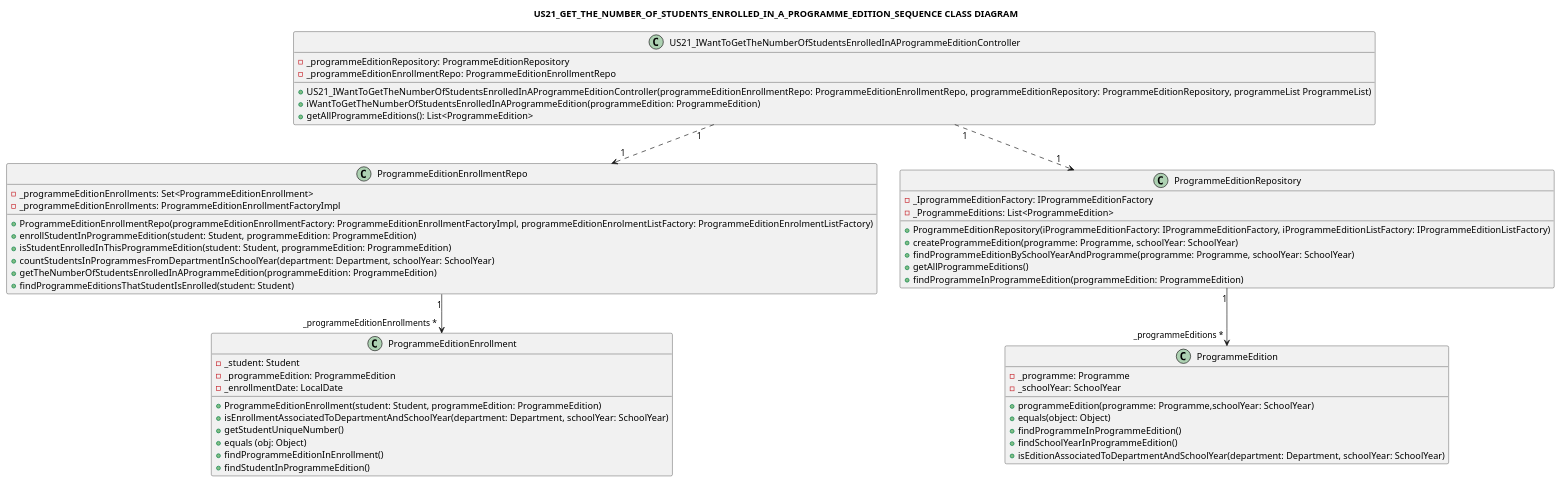
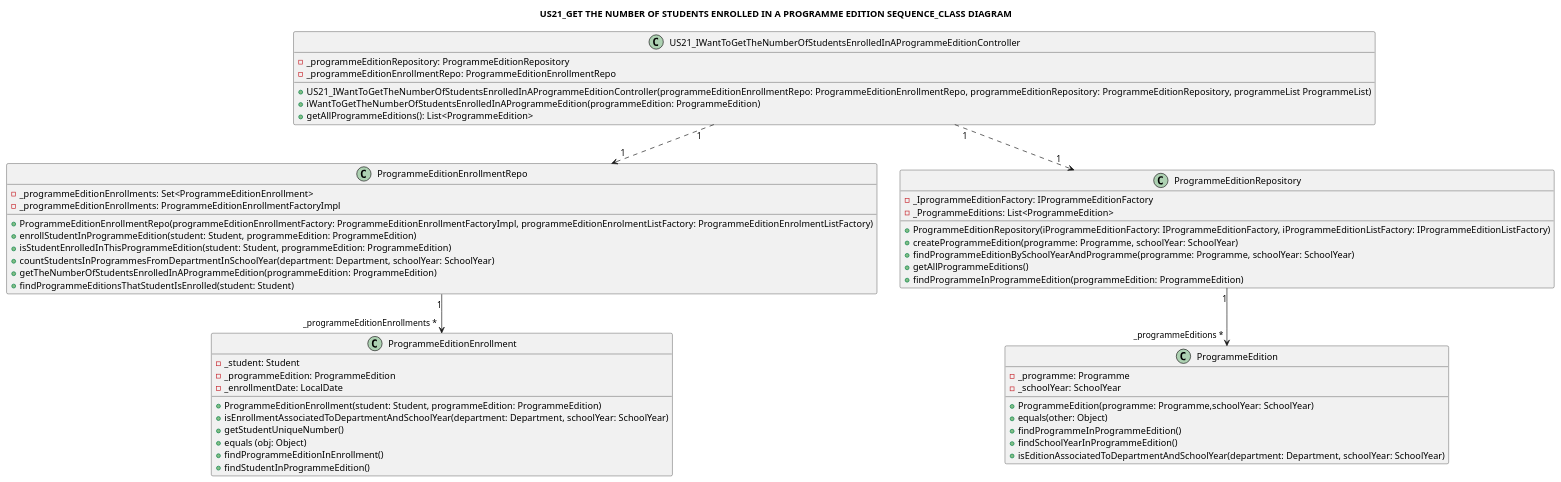
The diagram in docs/US21/US21_IWantToGetTheNumberOfStudentsEnrolledInAProgrammeEdition_ClassDiagram.puml (GasparISEP/DevOps-PAI), drawn with PlantUML before and after one commit.

Commit message:
US21_ClassDiagram: Update Class methods

```diff
--- a/docs/US21/US21_IWantToGetTheNumberOfStudentsEnrolledInAProgrammeEdition_ClassDiagram.puml
+++ b/docs/US21/US21_IWantToGetTheNumberOfStudentsEnrolledInAProgrammeEdition_ClassDiagram.puml
@@ -1,62 +1,62 @@
 @startuml
 
-title: US21_GET_THE_NUMBER_OF_STUDENTS_ENROLLED_IN_A_PROGRAMME_EDITION_SEQUENCE CLASS DIAGRAM
+title: US21_GET THE NUMBER OF STUDENTS ENROLLED IN A PROGRAMME EDITION SEQUENCE_CLASS DIAGRAM
 
 class US21_IWantToGetTheNumberOfStudentsEnrolledInAProgrammeEditionController {
     -_programmeEditionRepository: ProgrammeEditionRepository
     -_programmeEditionEnrollmentRepo: ProgrammeEditionEnrollmentRepo
     +US21_IWantToGetTheNumberOfStudentsEnrolledInAProgrammeEditionController(programmeEditionEnrollmentRepo: ProgrammeEditionEnrollmentRepo, programmeEditionRepository: ProgrammeEditionRepository, programmeList ProgrammeList)
     +iWantToGetTheNumberOfStudentsEnrolledInAProgrammeEdition(programmeEdition: ProgrammeEdition)
     +getAllProgrammeEditions(): List<ProgrammeEdition>
 }
 
 class ProgrammeEditionEnrollmentRepo {
     -_programmeEditionEnrollments: Set<ProgrammeEditionEnrollment>
     -_programmeEditionEnrollments: ProgrammeEditionEnrollmentFactoryImpl
     +ProgrammeEditionEnrollmentRepo(programmeEditionEnrollmentFactory: ProgrammeEditionEnrollmentFactoryImpl, programmeEditionEnrolmentListFactory: ProgrammeEditionEnrolmentListFactory)
     +enrollStudentInProgrammeEdition(student: Student, programmeEdition: ProgrammeEdition)
     +isStudentEnrolledInThisProgrammeEdition(student: Student, programmeEdition: ProgrammeEdition)
     +countStudentsInProgrammesFromDepartmentInSchoolYear(department: Department, schoolYear: SchoolYear)
     +getTheNumberOfStudentsEnrolledInAProgrammeEdition(programmeEdition: ProgrammeEdition)
     +findProgrammeEditionsThatStudentIsEnrolled(student: Student)
 }
 
 class ProgrammeEditionRepository {
     -_IprogrammeEditionFactory: IProgrammeEditionFactory
     -_ProgrammeEditions: List<ProgrammeEdition>
     +ProgrammeEditionRepository(iProgrammeEditionFactory: IProgrammeEditionFactory, iProgrammeEditionListFactory: IProgrammeEditionListFactory)
     +createProgrammeEdition(programme: Programme, schoolYear: SchoolYear)
     +findProgrammeEditionBySchoolYearAndProgramme(programme: Programme, schoolYear: SchoolYear)
     +getAllProgrammeEditions()
     +findProgrammeInProgrammeEdition(programmeEdition: ProgrammeEdition)
 }
 
 class ProgrammeEditionEnrollment {
     -_student: Student
     -_programmeEdition: ProgrammeEdition
     -_enrollmentDate: LocalDate
     +ProgrammeEditionEnrollment(student: Student, programmeEdition: ProgrammeEdition)
     +isEnrollmentAssociatedToDepartmentAndSchoolYear(department: Department, schoolYear: SchoolYear)
     +getStudentUniqueNumber()
     +equals (obj: Object)
     +findProgrammeEditionInEnrollment()
     +findStudentInProgrammeEdition()
 }
 
 class ProgrammeEdition {
     -_programme: Programme
     -_schoolYear: SchoolYear
-    +programmeEdition(programme: Programme,schoolYear: SchoolYear)
-    +equals(object: Object)
+    +ProgrammeEdition(programme: Programme,schoolYear: SchoolYear)
+    +equals(other: Object)
     +findProgrammeInProgrammeEdition()
     +findSchoolYearInProgrammeEdition()
     +isEditionAssociatedToDepartmentAndSchoolYear(department: Department, schoolYear: SchoolYear)
 }
 
 
 US21_IWantToGetTheNumberOfStudentsEnrolledInAProgrammeEditionController "1" ..> "1" ProgrammeEditionRepository
 US21_IWantToGetTheNumberOfStudentsEnrolledInAProgrammeEditionController "1" ..> "1" ProgrammeEditionEnrollmentRepo
 ProgrammeEditionEnrollmentRepo "1" --> "_programmeEditionEnrollments *" ProgrammeEditionEnrollment
 ProgrammeEditionRepository "1" --> "_programmeEditions *" ProgrammeEdition
 
 @enduml
```
